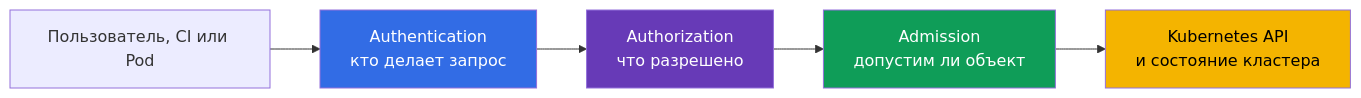
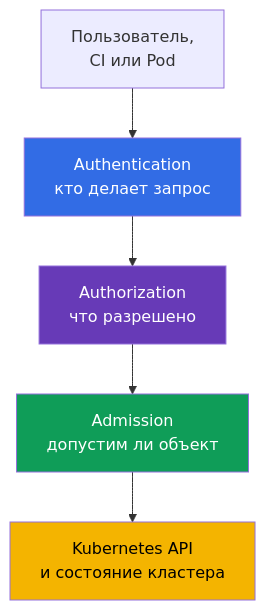
The second of 3 diagrams in tasks/kcsa/course/03/ru.md (ViktorUJ/cks), drawn with Mermaid before and after one commit. The commit also changed other lines of this file and 60 other files, not shown here.

````diff
--- a/tasks/kcsa/course/03/ru.md
+++ b/tasks/kcsa/course/03/ru.md
@@ -54,11 +54,11 @@
 ```mermaid
-flowchart LR
-    user["Пользователь, CI или Pod"] --> authn["Authentication<br/>кто делает запрос"]
+flowchart TB
+    user["Пользователь,<br/>CI или Pod"] --> authn["Authentication<br/>кто делает запрос"]
     authn --> authz["Authorization<br/>что разрешено"]
     authz --> admission["Admission<br/>допустим ли объект"]
     admission --> api["Kubernetes API<br/>и состояние кластера"]
     style authn fill:#326ce5,color:#fff
     style authz fill:#673ab7,color:#fff
     style admission fill:#0f9d58,color:#fff
     style api fill:#f4b400,color:#000
 ```
````
